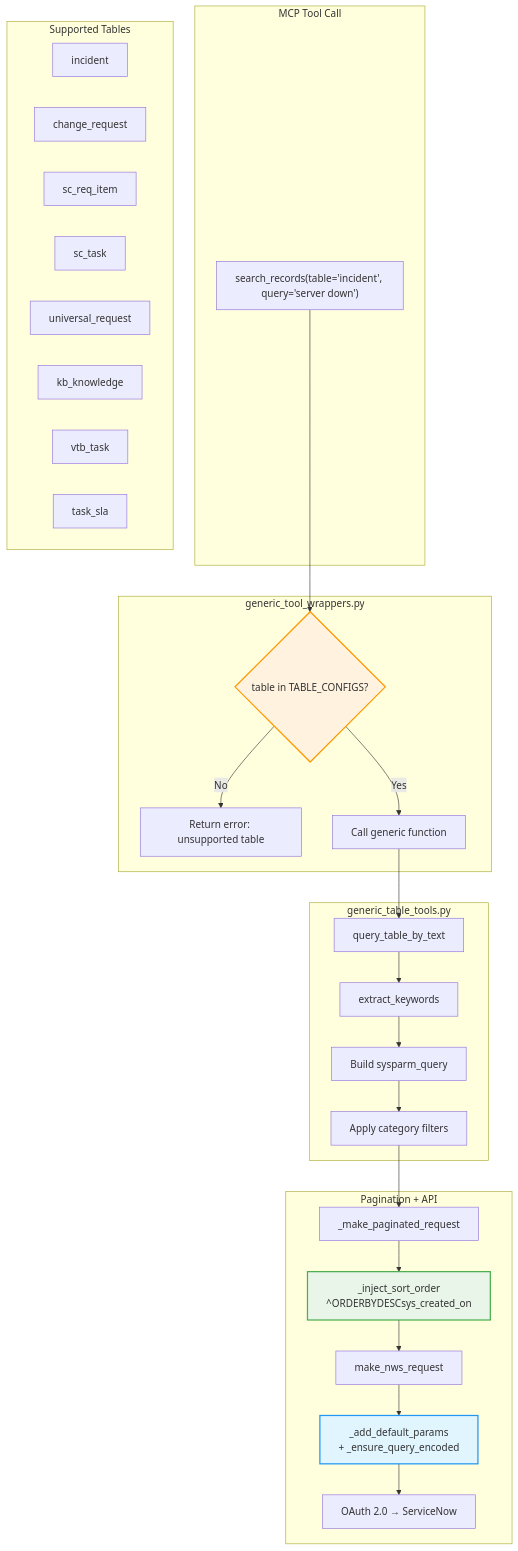
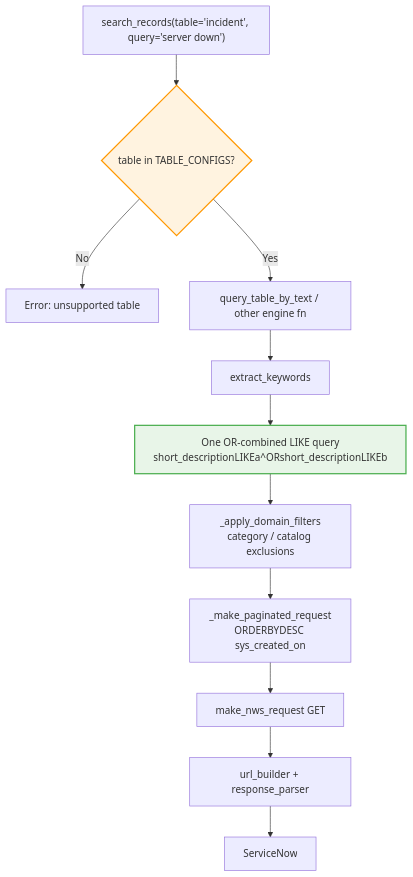
One commit to Papamzor/personal-mcp-servicenow changed the third of 3 diagrams in Diagrams & Documentation/03-tool-organization.md. Above: the diagram before and after it, drawn with Mermaid. The commit also changed other lines of this file and 31 other files, not shown here.

First line of the commit message:
chore: clean stale packaging/docs and refresh architecture diagrams

````diff
--- a/Diagrams & Documentation/03-tool-organization.md
+++ b/Diagrams & Documentation/03-tool-organization.md
@@ -86,43 +87,18 @@
 ```mermaid
 graph TB
-    subgraph "MCP Tool Call"
-        CALL["search_records(table='incident', query='server down')"]
-    end
+    CALL["search_records(table='incident', query='server down')"]
+    CALL --> VAL{table in TABLE_CONFIGS?}
+    VAL -->|No| ERR[Error: unsupported table]
+    VAL -->|Yes| DELEGATE[query_table_by_text / other engine fn]
 
-    subgraph "generic_tool_wrappers.py"
-        VAL{table in TABLE_CONFIGS?}
-        CALL --> VAL
-        VAL -->|No| ERR[Return error: unsupported table]
-        VAL -->|Yes| DELEGATE[Call generic function]
-    end
-
-    subgraph "generic_table_tools.py"
-        DELEGATE --> QBT[query_table_by_text]
-        QBT --> KW[extract_keywords]
-        KW --> BUILD[Build sysparm_query]
-        BUILD --> FILTER[Apply category filters]
-    end
-
-    subgraph "Pagination + API"
-        FILTER --> PAG[_make_paginated_request]
-        PAG --> SORT[_inject_sort_order<br/>^ORDERBYDESCsys_created_on]
-        SORT --> REQ[make_nws_request]
-        REQ --> PARAMS[_add_default_params<br/>+ _ensure_query_encoded]
-        PARAMS --> OAUTH[OAuth 2.0 → ServiceNow]
-    end
-
-    subgraph "Supported Tables"
-        T1[incident]
-        T2[change_request]
-        T3[sc_req_item]
-        T4[sc_task]
-        T5[universal_request]
-        T6[kb_knowledge]
-        T7[vtb_task]
-        T8[task_sla]
-    end
+    DELEGATE --> KW[extract_keywords]
+    KW --> ORQ["One OR-combined LIKE query<br/>short_descriptionLIKEa^ORshort_descriptionLIKEb"]
+    ORQ --> DOM[_apply_domain_filters<br/>category / catalog exclusions]
+    DOM --> PAG[_make_paginated_request<br/>ORDERBYDESC sys_created_on]
+    PAG --> REQ[make_nws_request GET]
+    REQ --> URL[url_builder + response_parser]
+    URL --> SN[ServiceNow]
 
     style VAL fill:#fff3e0,stroke:#ff9800,stroke-width:2px
-    style SORT fill:#e8f5e8,stroke:#4caf50,stroke-width:2px
-    style PARAMS fill:#e1f5fe,stroke:#2196f3,stroke-width:2px
+    style ORQ fill:#e8f5e8,stroke:#4caf50,stroke-width:2px
 ```
````
